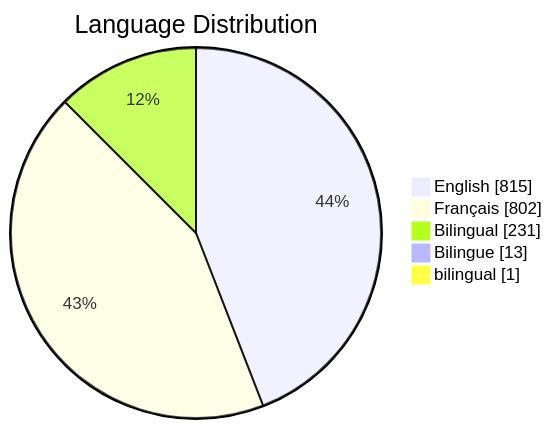
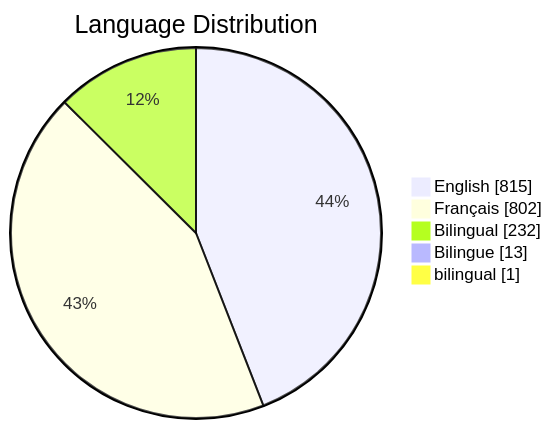
One commit to PatLittle/GC-Socials changed the third of 6 diagrams in README.md. Above: the diagram before and after it, drawn with Mermaid. The commit also changed other lines of this file, not shown here.

Commit message:
Update README with Platform Distribution pie chart

````diff
--- a/README.md
+++ b/README.md
@@ -76,8 +78,8 @@
 ```mermaid
 pie showData title Language Distribution
     "English": 815
     "Français": 802
-    "Bilingual": 231
+    "Bilingual": 232
     "Bilingue": 13
     "bilingual": 1
 ```
````
